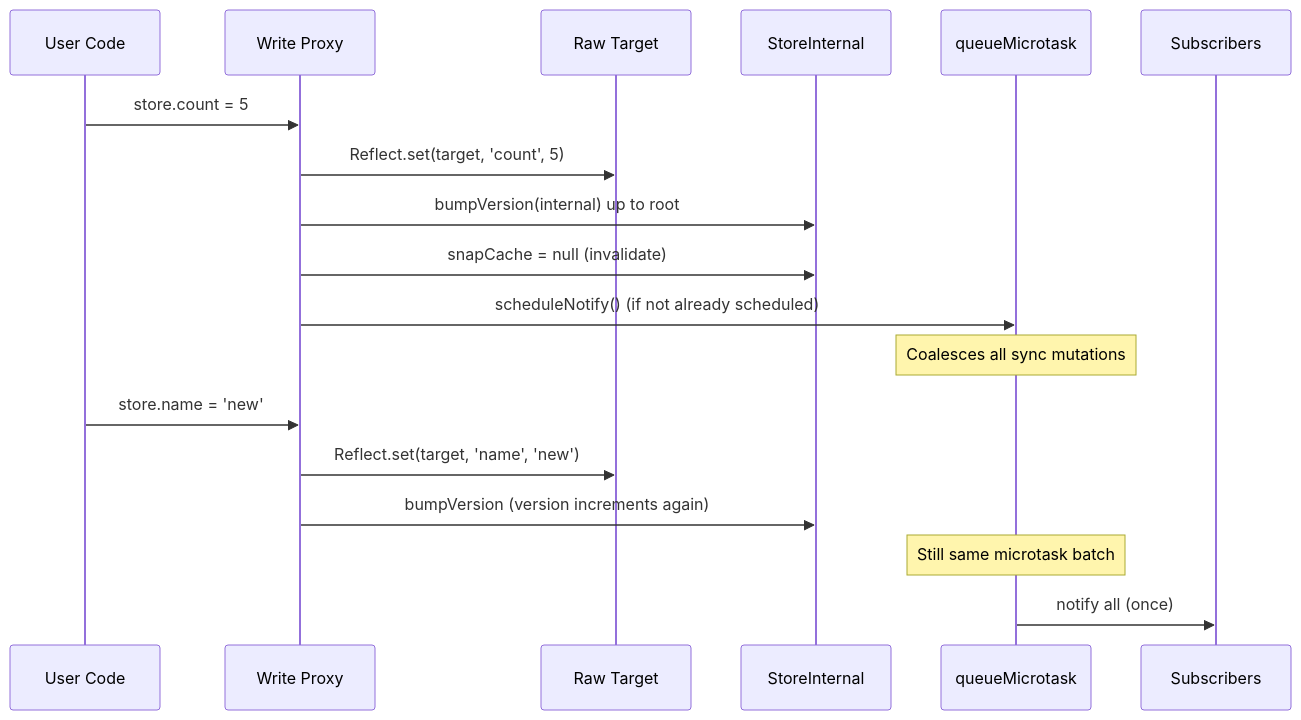
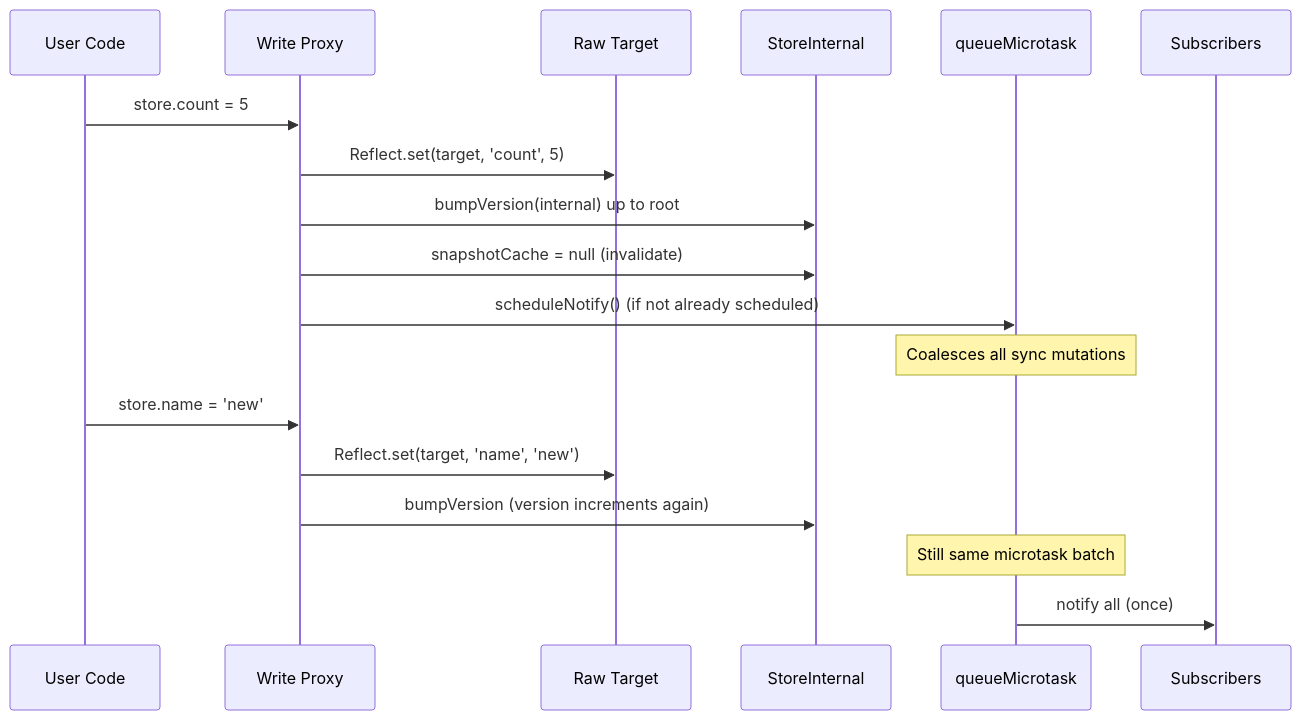
Before and after one commit to codeBelt/classy-store: the second of 9 diagrams in website/docs/ARCHITECTURE.md, drawn with Mermaid. The commit also changed other lines of this file and 25 other files, not shown here.

````diff
--- a/website/docs/ARCHITECTURE.md
+++ b/website/docs/ARCHITECTURE.md
@@ -115,21 +115,21 @@
 ```mermaid
 sequenceDiagram
   participant User as User Code
   participant Proxy as Write Proxy
   participant Target as Raw Target
   participant Internal as StoreInternal
   participant Micro as queueMicrotask
   participant Listeners as Subscribers
 
   User->>Proxy: store.count = 5
   Proxy->>Target: Reflect.set(target, 'count', 5)
   Proxy->>Internal: bumpVersion(internal) up to root
-  Proxy->>Internal: snapCache = null (invalidate)
+  Proxy->>Internal: snapshotCache = null (invalidate)
   Proxy->>Micro: scheduleNotify() (if not already scheduled)
   Note over Micro: Coalesces all sync mutations
   User->>Proxy: store.name = 'new'
   Proxy->>Target: Reflect.set(target, 'name', 'new')
   Proxy->>Internal: bumpVersion (version increments again)
   Note over Micro: Still same microtask batch
   Micro->>Listeners: notify all (once)
 ```
````
